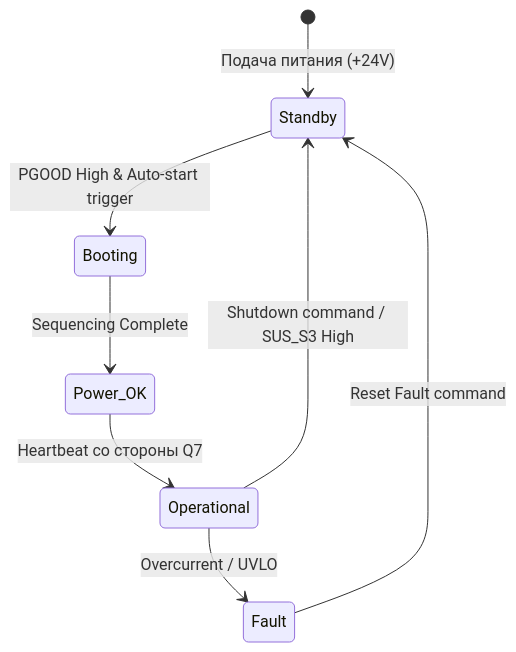
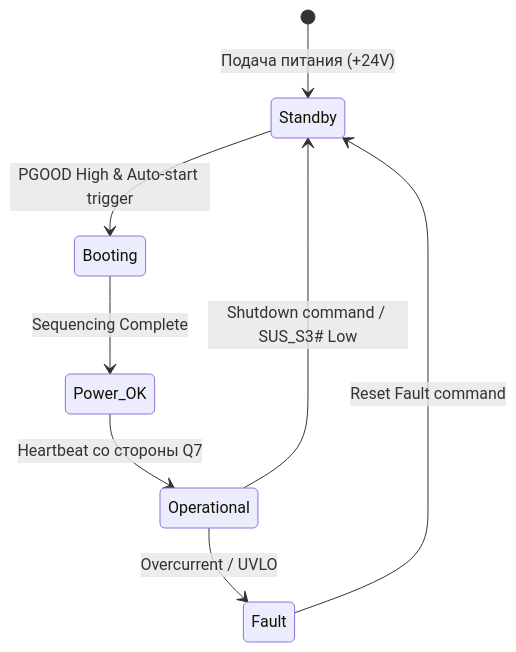
One commit to n-korel/power_controller changed the fourth of 4 diagrams in POWER_Controller.md. Above: the diagram before and after it, drawn with Mermaid. The commit also changed other lines of this file and 30 other files, not shown here.

````diff
--- a/POWER_Controller.md
+++ b/POWER_Controller.md
@@ -261,15 +261,15 @@
 ```mermaid
 stateDiagram-v2
     direction TB
 
     [*] --> Standby : Подача питания (+24V)
 
     Standby --> Booting : PGOOD High & Auto-start trigger
     Booting --> Power_OK : Sequencing Complete
     Power_OK --> Operational : Heartbeat со стороны Q7
 
     Operational --> Fault : Overcurrent / UVLO
 
     Fault --> Standby : Reset Fault command
-    Operational --> Standby : Shutdown command / SUS_S3 High
+    Operational --> Standby : Shutdown command / SUS_S3# Low
 ```
````
